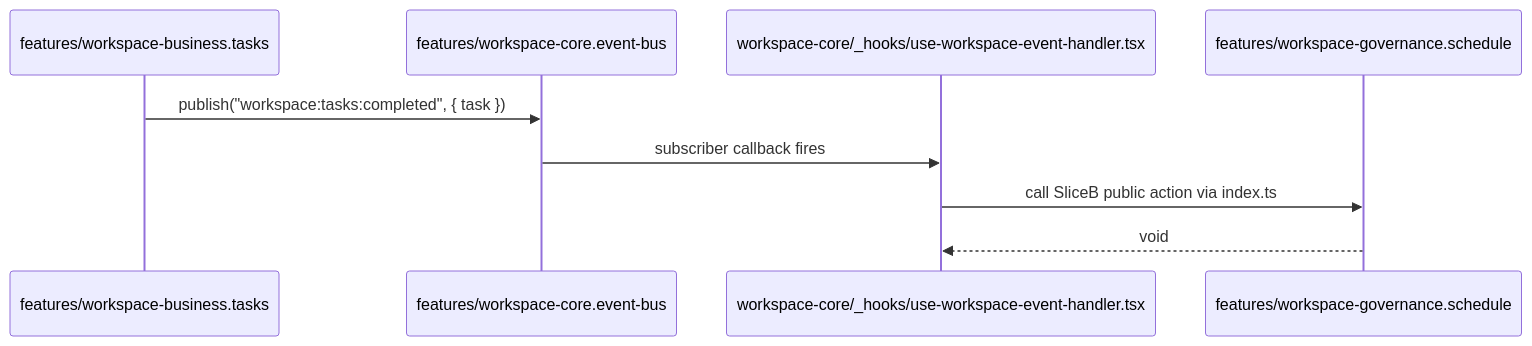
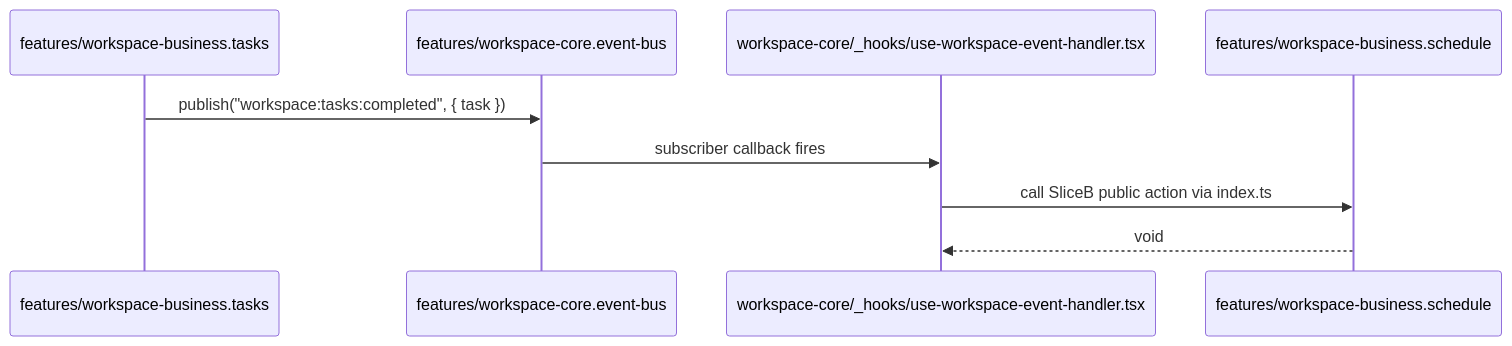
One commit to 7Spade/xuanwu-xxx changed the second of 4 diagrams in src/shared/FLOWS.md. Above: the diagram before and after it, drawn with Mermaid. The commit also changed 8 other files, not shown here.

````diff
--- a/src/shared/FLOWS.md
+++ b/src/shared/FLOWS.md
@@ -57,12 +57,12 @@
 ```mermaid
 sequenceDiagram
     participant SliceA as features/workspace-business.tasks
     participant Bus as features/workspace-core.event-bus
     participant Handler as workspace-core/_hooks/use-workspace-event-handler.tsx
-    participant SliceB as features/workspace-governance.schedule
+    participant SliceB as features/workspace-business.schedule
 
     SliceA->>Bus: publish("workspace:tasks:completed", { task })
     Bus->>Handler: subscriber callback fires
     Handler->>SliceB: call SliceB public action via index.ts
     SliceB-->>Handler: void
 ```
````
